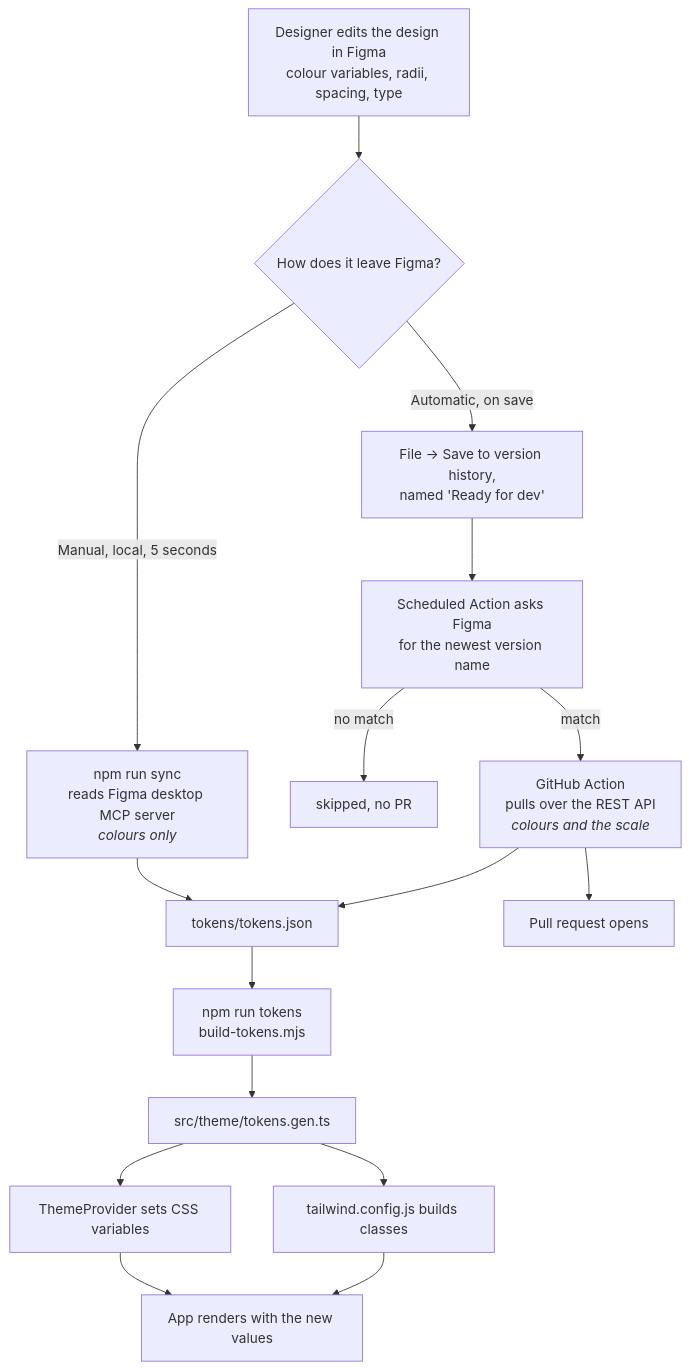
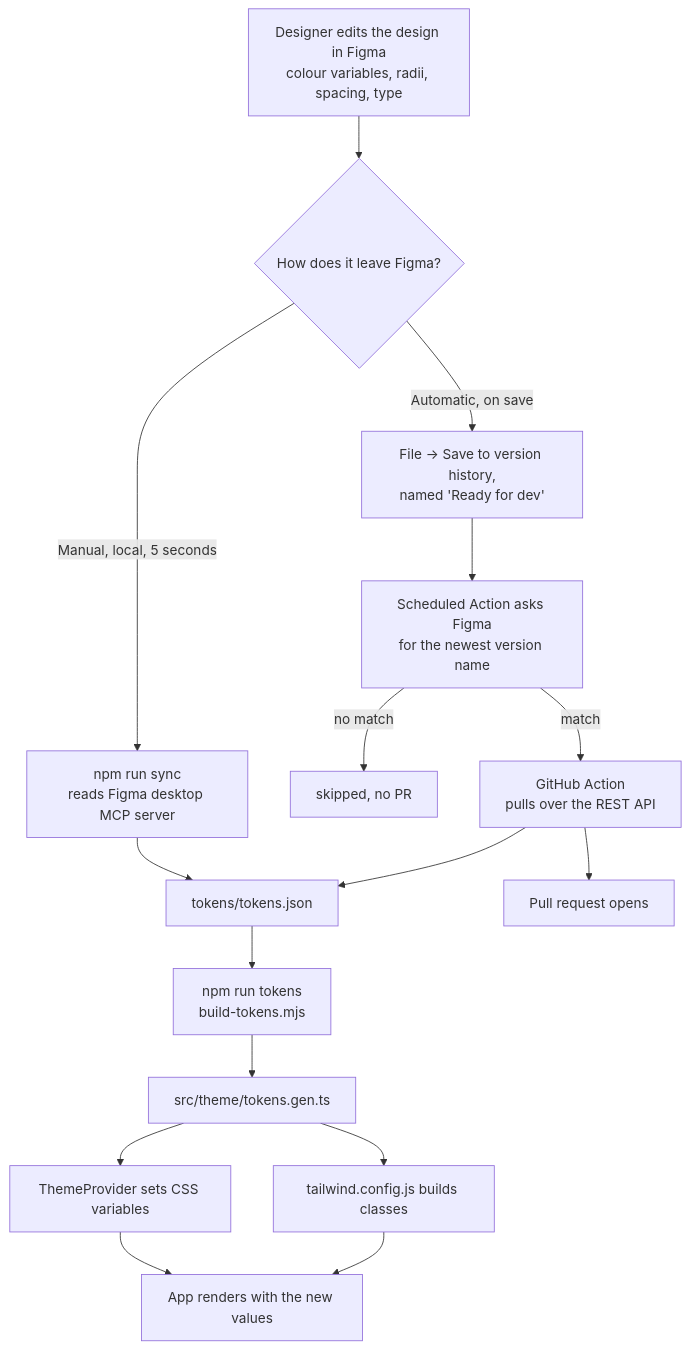
One commit to serhii-kucherenko/expo-figma-tokens changed the third of 5 diagrams in README.md. Above: the diagram before and after it, drawn with Mermaid. The commit also changed other lines of this file and 3 other files, not shown here.

````diff
--- a/README.md
+++ b/README.md
@@ -92,20 +94,20 @@
 ```mermaid
 flowchart TD
   A["Designer edits the design in Figma<br/>colour variables, radii, spacing, type"] --> B{"How does it leave Figma?"}
-  B -->|"Manual, local, 5 seconds"| C["npm run sync<br/>reads Figma desktop MCP server<br/><i>colours only</i>"]
+  B -->|"Manual, local, 5 seconds"| C["npm run sync<br/>reads Figma desktop MCP server"]
   B -->|"Automatic, on save"| D["File -> Save to version history,<br/>named 'Ready for dev'"]
 
   D --> E["Scheduled Action asks Figma<br/>for the newest version name"]
   E -->|"no match"| G["skipped, no PR"]
-  E -->|"match"| I["GitHub Action<br/>pulls over the REST API<br/><i>colours and the scale</i>"]
+  E -->|"match"| I["GitHub Action<br/>pulls over the REST API"]
 
   C --> J["tokens/tokens.json"]
   I --> J
   J --> K["npm run tokens<br/>build-tokens.mjs"]
   K --> L["src/theme/tokens.gen.ts"]
   L --> M["ThemeProvider sets CSS variables"]
   L --> N["tailwind.config.js builds classes"]
   M --> O["App renders with the new values"]
   N --> O
   I --> P["Pull request opens"]
 ```
````
